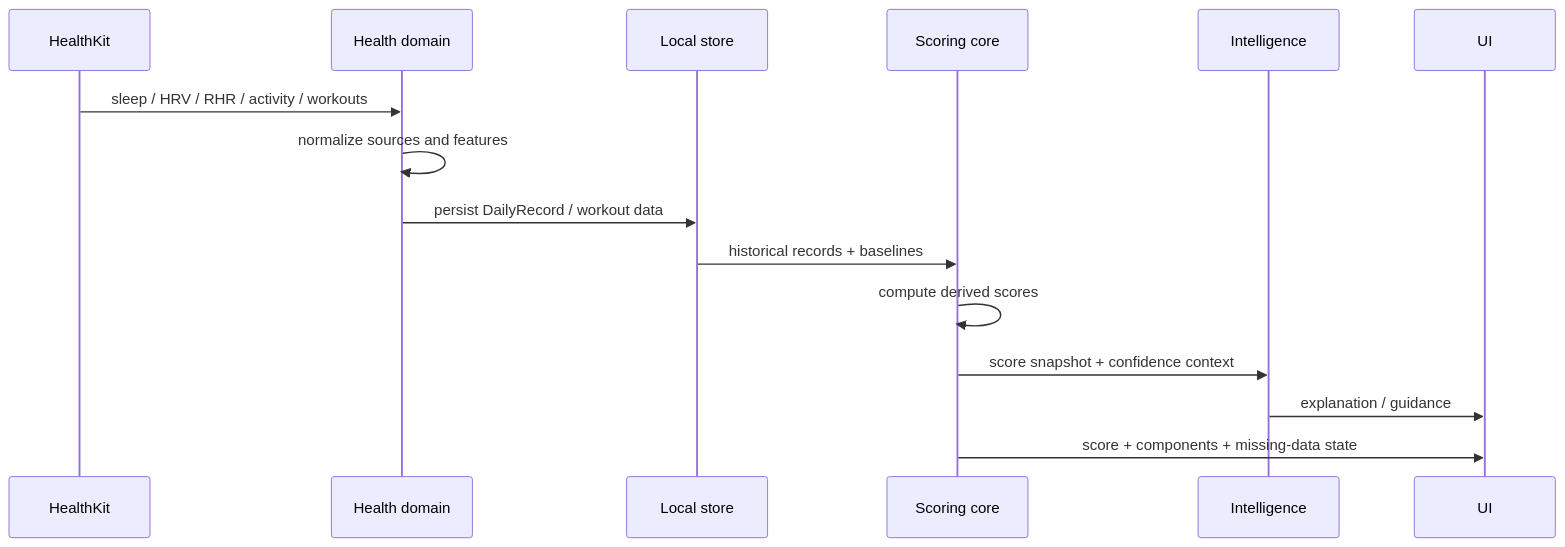
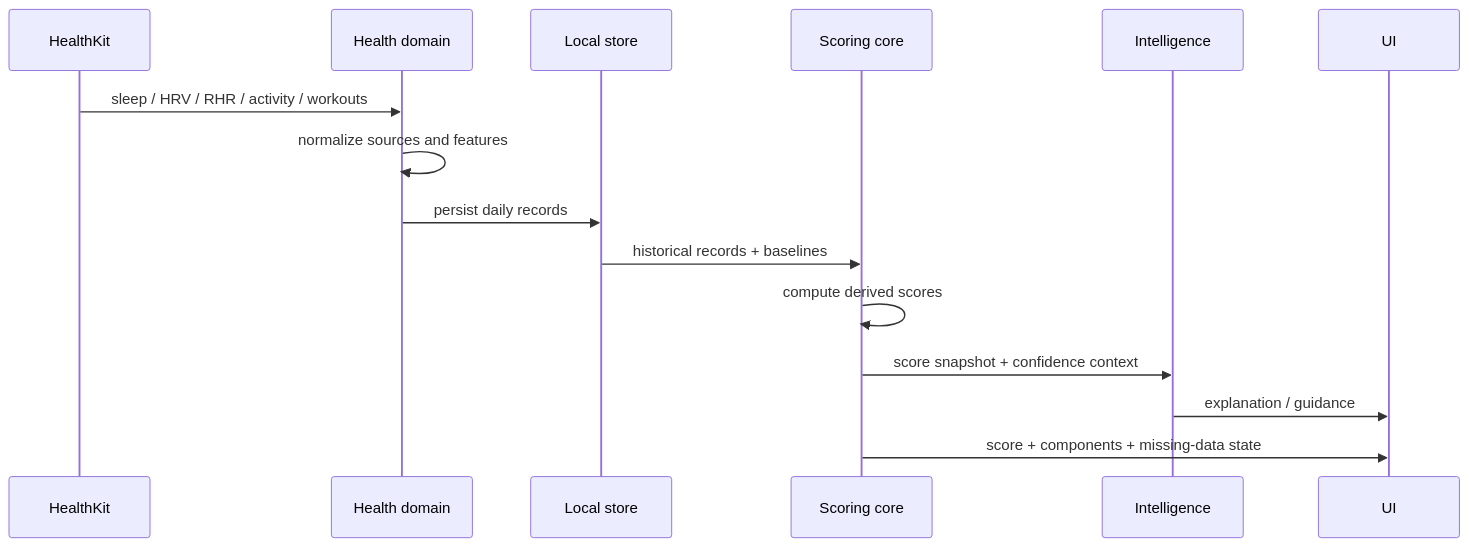
Before and after one commit to momaoalo/halaty-project-showcase: the second of 3 diagrams in docs/ARCHITECTURE.md, drawn with Mermaid. The commit also changed other lines of this file, not shown here.

Commit message:
Refine architecture documentation for portfolio review

````diff
--- a/docs/ARCHITECTURE.md
+++ b/docs/ARCHITECTURE.md
@@ -90,18 +84,18 @@
 ```mermaid
 sequenceDiagram
     participant HK as HealthKit
     participant H as Health domain
     participant L as Local store
     participant S as Scoring core
     participant I as Intelligence
     participant U as UI
 
     HK->>H: sleep / HRV / RHR / activity / workouts
     H->>H: normalize sources and features
-    H->>L: persist DailyRecord / workout data
+    H->>L: persist daily records
     L->>S: historical records + baselines
     S->>S: compute derived scores
     S->>I: score snapshot + confidence context
     I->>U: explanation / guidance
     S->>U: score + components + missing-data state
 ```
````
